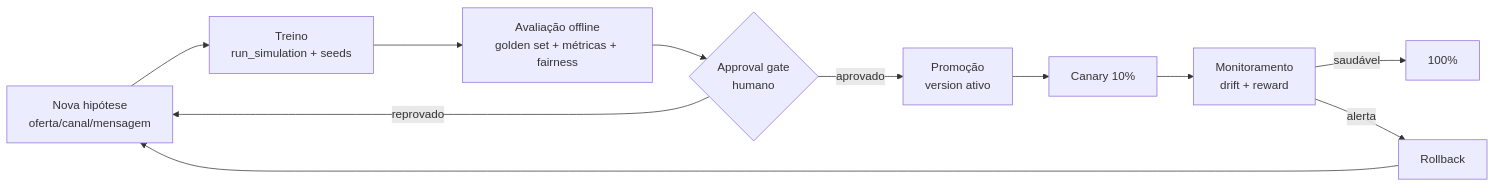
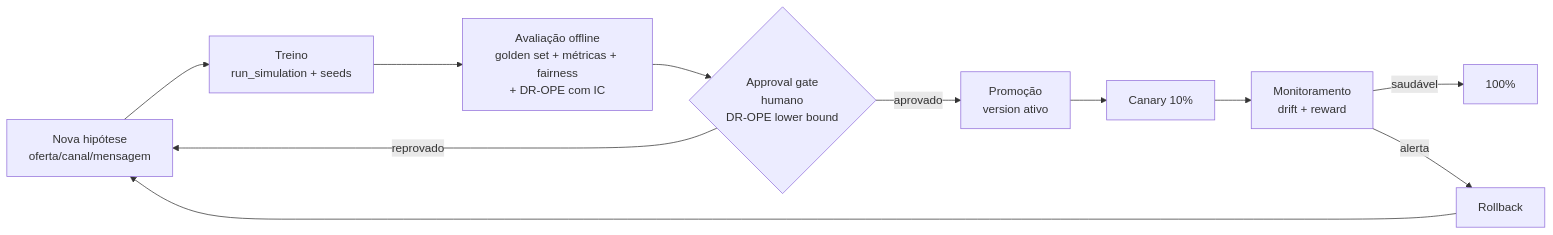
Before and after one commit to dionebraga/datathon-7mlet-grupo-74: the diagram in docs/mlops-lifecycle.md, drawn with Mermaid. The commit also changed other lines of this file and 7 other files, not shown here.

First line of the commit message:
feat: Doubly Robust off-policy evaluation (DR-OPE) + A/B-free promotion gate

````diff
--- a/docs/mlops-lifecycle.md
+++ b/docs/mlops-lifecycle.md
@@ -9,13 +9,13 @@
 ```mermaid
 flowchart LR
     H[Nova hipótese\noferta/canal/mensagem] --> T[Treino\nrun_simulation + seeds]
-    T --> E[Avaliação offline\ngolden set + métricas + fairness]
-    E --> R{Approval gate\nhumano}
+    T --> E[Avaliação offline\ngolden set + métricas + fairness\n+ DR-OPE com IC]
+    E --> R{Approval gate\nhumano\nDR-OPE lower bound}
     R -- reprovado --> H
     R -- aprovado --> P[Promoção\nversion ativo]
     P --> C[Canary 10%]
     C --> M[Monitoramento\ndrift + reward]
     M -- saudável --> F[100%]
     M -- alerta --> RB[Rollback]
     RB --> H
 ```
````
